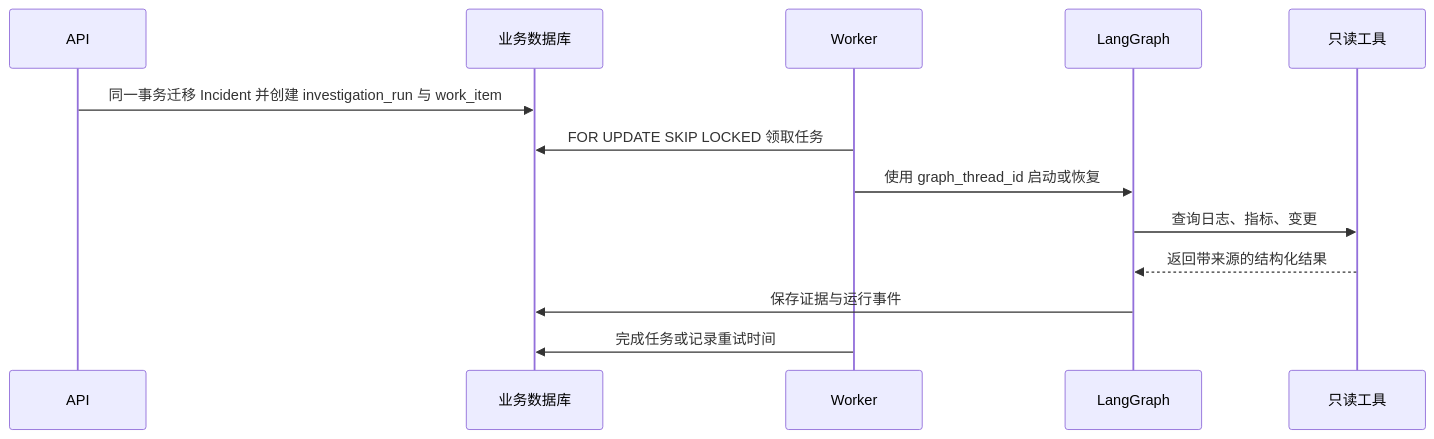
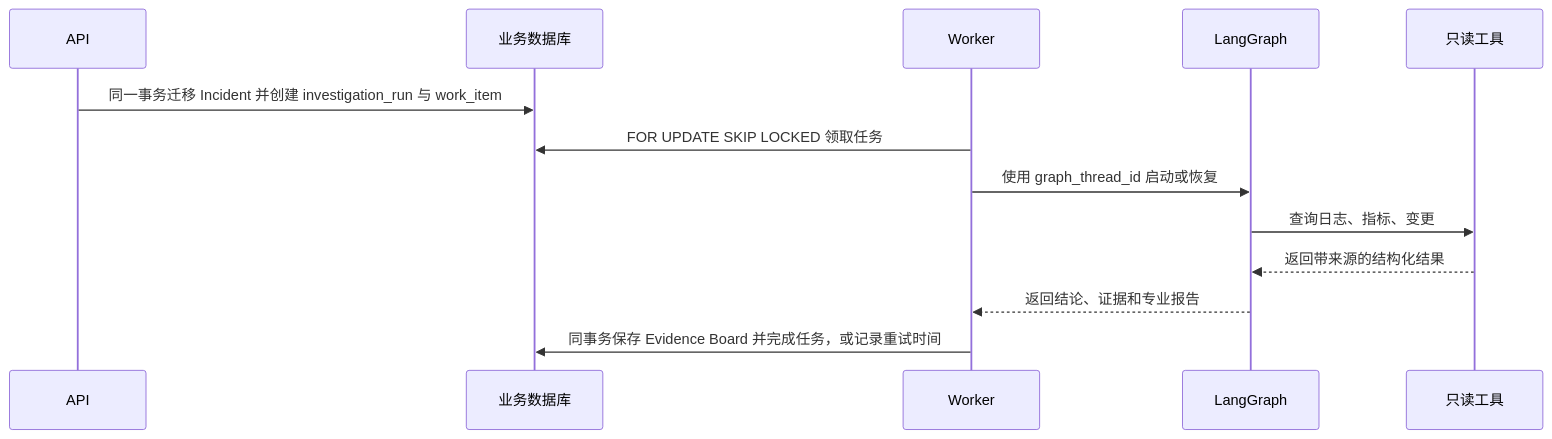
One commit to kill-t/ops-swarm changed the second of 2 diagrams in docs/architecture/02-system-architecture.md. Above: the diagram before and after it, drawn with Mermaid. The commit also changed other lines of this file and 27 other files, not shown here.

````diff
--- a/docs/architecture/02-system-architecture.md
+++ b/docs/architecture/02-system-architecture.md
@@ -70,16 +70,16 @@
 ```mermaid
 sequenceDiagram
     participant API
     participant DB as 业务数据库
     participant Worker
     participant Graph as LangGraph
     participant Tool as 只读工具
 
     API->>DB: 同一事务迁移 Incident 并创建 investigation_run 与 work_item
     Worker->>DB: FOR UPDATE SKIP LOCKED 领取任务
     Worker->>Graph: 使用 graph_thread_id 启动或恢复
     Graph->>Tool: 查询日志、指标、变更
     Tool-->>Graph: 返回带来源的结构化结果
-    Graph->>DB: 保存证据与运行事件
-    Worker->>DB: 完成任务或记录重试时间
+    Graph-->>Worker: 返回结论、证据和专业报告
+    Worker->>DB: 同事务保存 Evidence Board 并完成任务，或记录重试时间
 ```
````
